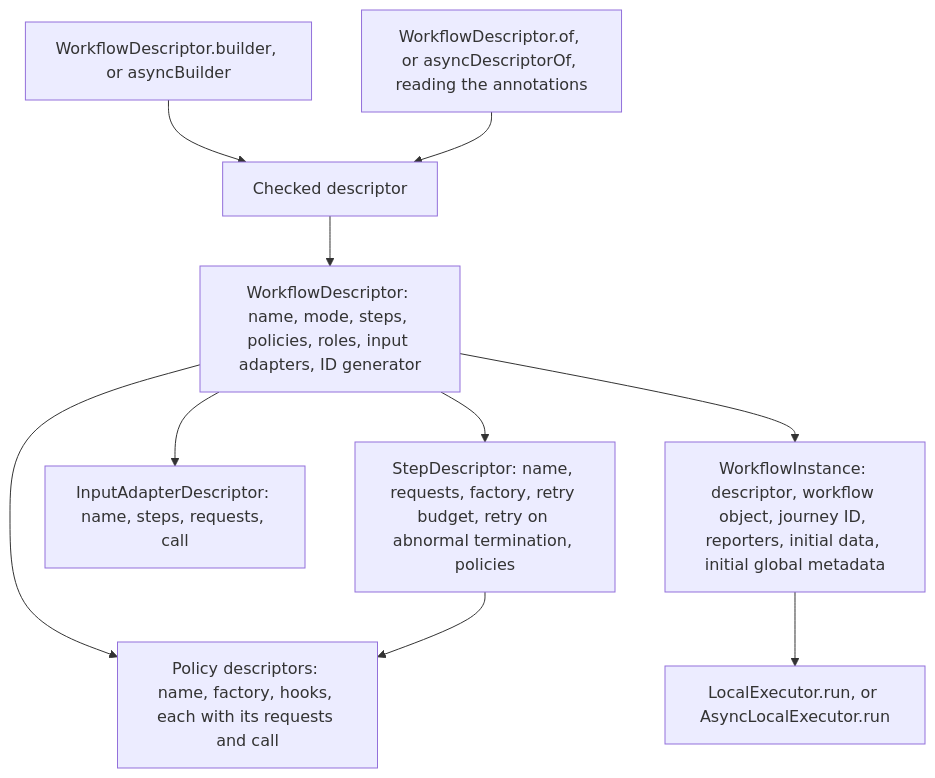
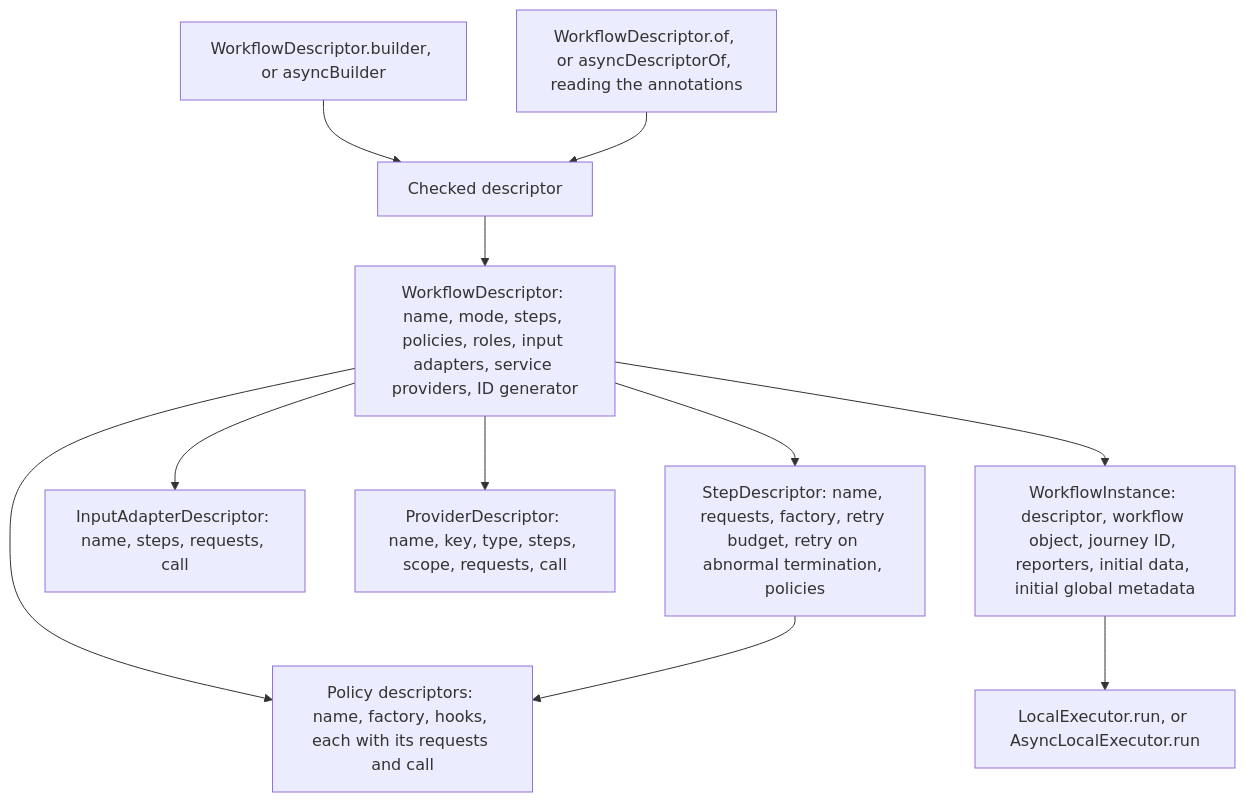
The second of 4 diagrams in docs/architecture.md (itinera-dev/itinera-j), drawn with Mermaid before and after one commit. The commit also changed other lines of this file and 50 other files, not shown here.

````diff
--- a/docs/architecture.md
+++ b/docs/architecture.md
@@ -46,14 +46,15 @@
 ```mermaid
 flowchart TD
     accTitle: What a workflow descriptor and an instance hold
-    accDescr: A workflow descriptor holds its name, its mode, its step descriptors in order, its workflow policies in order, the roles it provides, its input adapters and its journey ID generator. A step descriptor holds the step's name, its requests in order, its factory, its retry budget, whether it retries an abnormal termination and its step policies in order. Its factory reads each request's answer from the Got it is given. A policy descriptor holds the policy's name, its factory and each hook it defines, with the hook's requests in order and its call. An input adapter descriptor holds the adapter's name, the steps it is attached to, its requests in order and its call. The builder of each mode, and the annotation reader of each mode through the same checks, make a checked descriptor. An instance holds the descriptor beside the workflow object, its journey ID, its reporters, its initial data and its initial global metadata. The executor of the instance's mode, LocalExecutor or AsyncLocalExecutor, runs it.
+    accDescr: A workflow descriptor holds its name, its mode, its step descriptors in order, its workflow policies in order, the roles it provides, its input adapters, its service providers and its journey ID generator. A step descriptor holds the step's name, its requests in order, its factory, its retry budget, whether it retries an abnormal termination and its step policies in order. Its factory reads each request's answer from the Got it is given. A policy descriptor holds the policy's name, its factory and each hook it defines, with the hook's requests in order and its call. An input adapter descriptor holds the adapter's name, the steps it is attached to, its requests in order and its call. A service provider descriptor holds the provider's name, the key and type of the service it supplies, the steps it is attached to, its scope, its requests in order and its call. The builder of each mode, and the annotation reader of each mode through the same checks, make a checked descriptor. An instance holds the descriptor beside the workflow object, its journey ID, its reporters, its initial data and its initial global metadata. The executor of the instance's mode, LocalExecutor or AsyncLocalExecutor, runs it.
     builder["WorkflowDescriptor.builder, or asyncBuilder"] --> checked["Checked descriptor"]
     annotated["WorkflowDescriptor.of, or asyncDescriptorOf, reading the annotations"] --> checked
-    checked --> descriptor["WorkflowDescriptor: name, mode, steps, policies, roles, input adapters, ID generator"]
+    checked --> descriptor["WorkflowDescriptor: name, mode, steps, policies, roles, input adapters, service providers, ID generator"]
     descriptor --> step["StepDescriptor: name, requests, factory, retry budget, retry on abnormal termination, policies"]
     descriptor --> policy["Policy descriptors: name, factory, hooks, each with its requests and call"]
     step --> policy
     descriptor --> adapter["InputAdapterDescriptor: name, steps, requests, call"]
+    descriptor --> provider["ProviderDescriptor: name, key, type, steps, scope, requests, call"]
     descriptor --> instance["WorkflowInstance: descriptor, workflow object, journey ID, reporters, initial data, initial global metadata"]
     instance --> executor["LocalExecutor.run, or AsyncLocalExecutor.run"]
 ```
````
